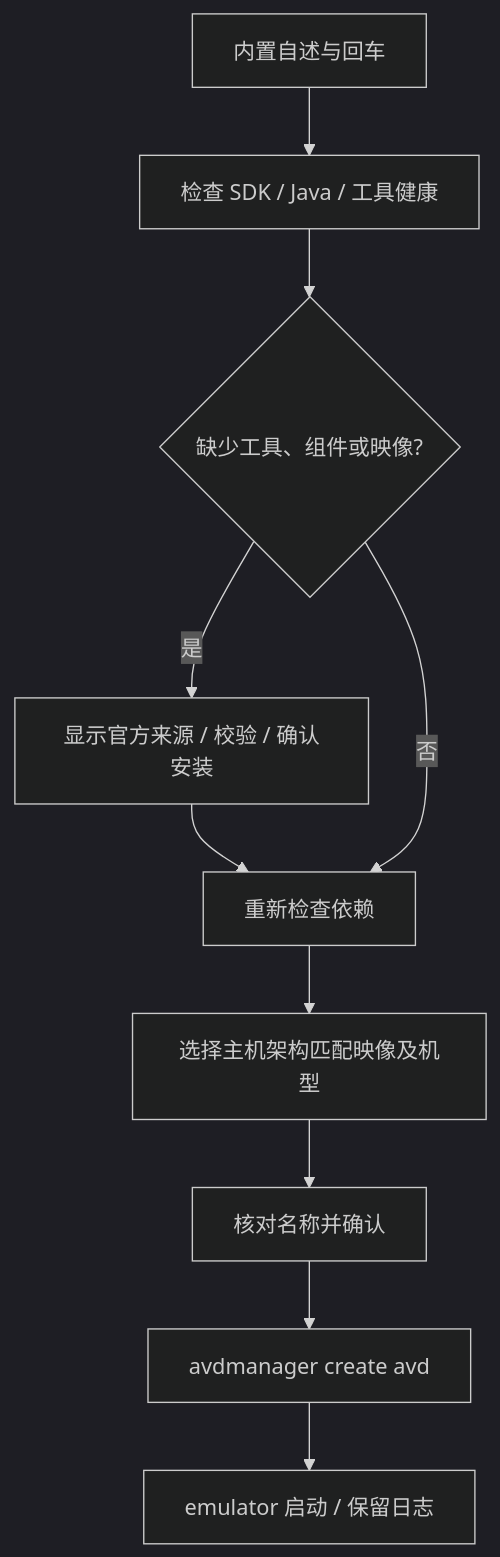
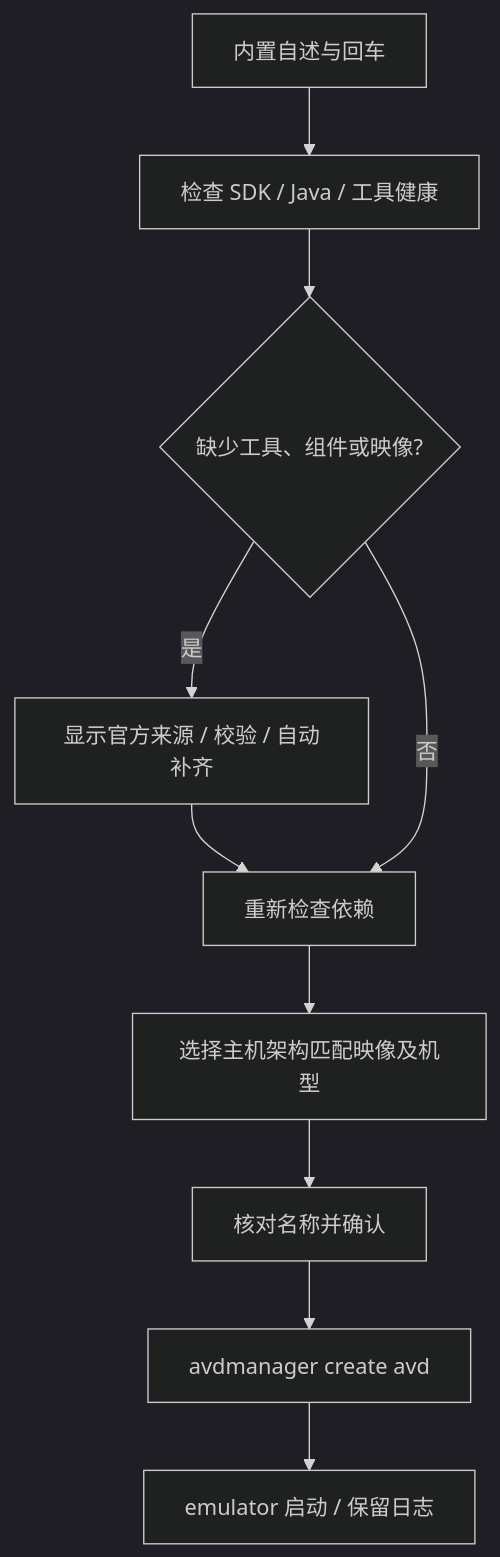
The second of 2 diagrams in JobsAndroidSimulatorCreator/README.md (JobsKits/MacOS_Extension), drawn with Mermaid (dark theme) before and after one commit. The commit also changed other lines of this file and 36 other files, not shown here.

````diff
--- a/JobsAndroidSimulatorCreator/README.md
+++ b/JobsAndroidSimulatorCreator/README.md
@@ -85,12 +88,12 @@
 ```mermaid
 flowchart TD
     A[内置自述与回车] --> B[检查 SDK / Java / 工具健康]
     B --> C{缺少工具、组件或映像?}
-    C -->|是| D[显示官方来源 / 校验 / 确认安装]
+    C -->|是| D[显示官方来源 / 校验 / 自动补齐]
     D --> E[重新检查依赖]
     C -->|否| E
     E --> F[选择主机架构匹配映像及机型]
     F --> G[核对名称并确认]
     G --> H[avdmanager create avd]
     H --> I[emulator 启动 / 保留日志]
 ```
````
